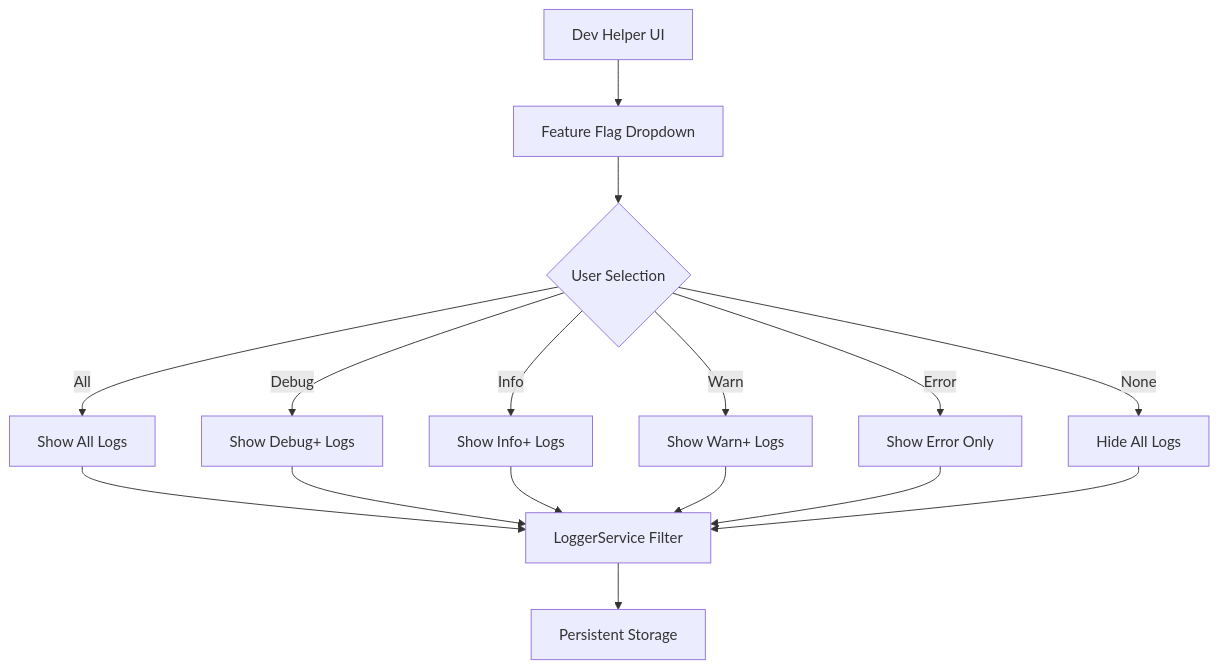
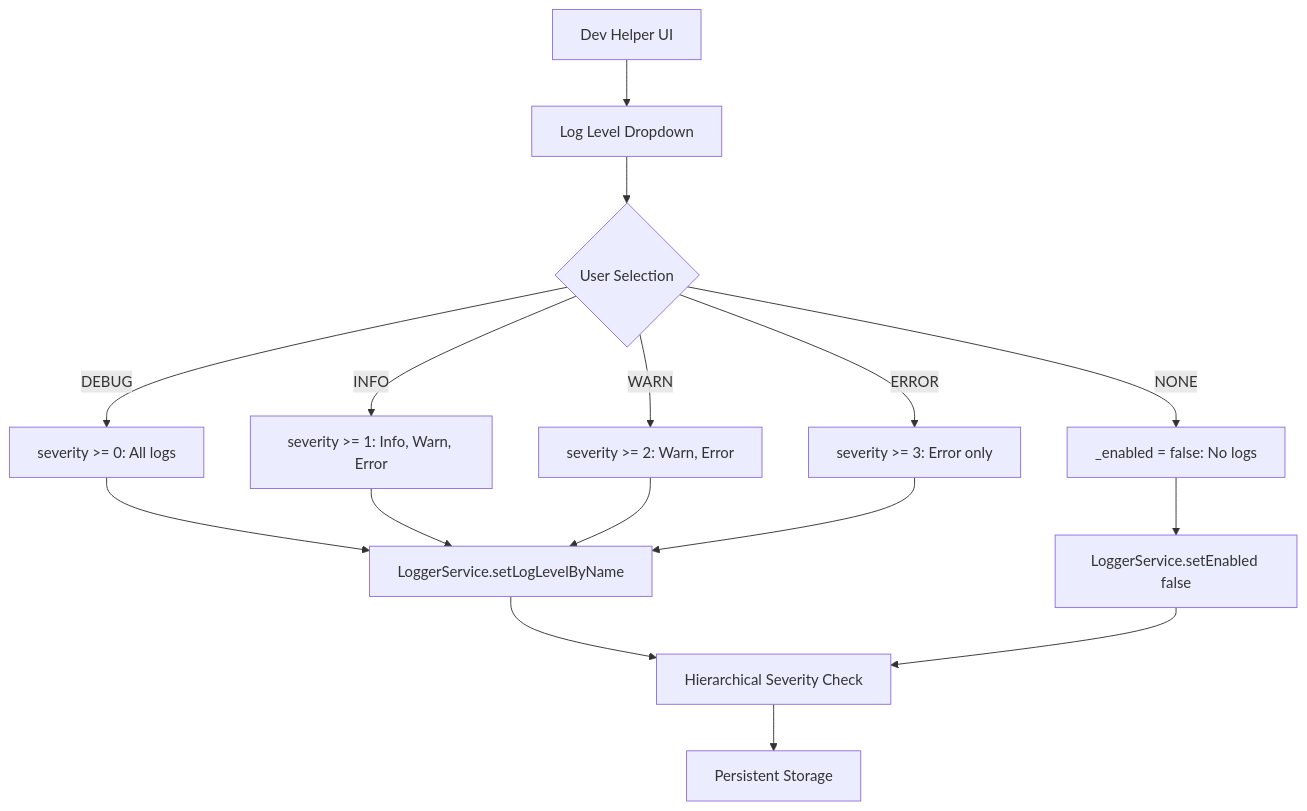
The fifth of 5 diagrams in docs/LOGGER_ARCHITECTURE.md (fabiobends/cribe), drawn with Mermaid before and after one commit. The commit also changed other lines of this file and 9 other files, not shown here.

First line of the commit message:
refactor: remove storage dependency in logger service

````diff
--- a/docs/LOGGER_ARCHITECTURE.md
+++ b/docs/LOGGER_ARCHITECTURE.md
@@ -184,20 +199,20 @@
 ```mermaid
 graph TD
-    A[Dev Helper UI] --> B[Feature Flag Dropdown]
+    A[Dev Helper UI] --> B[Log Level Dropdown]
     B --> C{User Selection}
-    C -->|All| D[Show All Logs]
-    C -->|Debug| E[Show Debug+ Logs]
-    C -->|Info| F[Show Info+ Logs]
-    C -->|Warn| G[Show Warn+ Logs]
-    C -->|Error| H[Show Error Only]
-    C -->|None| I[Hide All Logs]
+    C -->|DEBUG| D[severity >= 0: All logs]
+    C -->|INFO| E[severity >= 1: Info, Warn, Error]
+    C -->|WARN| F[severity >= 2: Warn, Error]
+    C -->|ERROR| G[severity >= 3: Error only]
+    C -->|NONE| H[_enabled = false: No logs]
     
-    D --> J[LoggerService Filter]
-    E --> J
-    F --> J
-    G --> J
-    H --> J
-    I --> J
+    D --> I[LoggerService.setLogLevelByName]
+    E --> I
+    F --> I
+    G --> I
+    H --> J[LoggerService.setEnabled false]
     
-    J --> K[Persistent Storage]
+    I --> K[Hierarchical Severity Check]
+    J --> K
+    K --> L[Persistent Storage]
 ```
````
